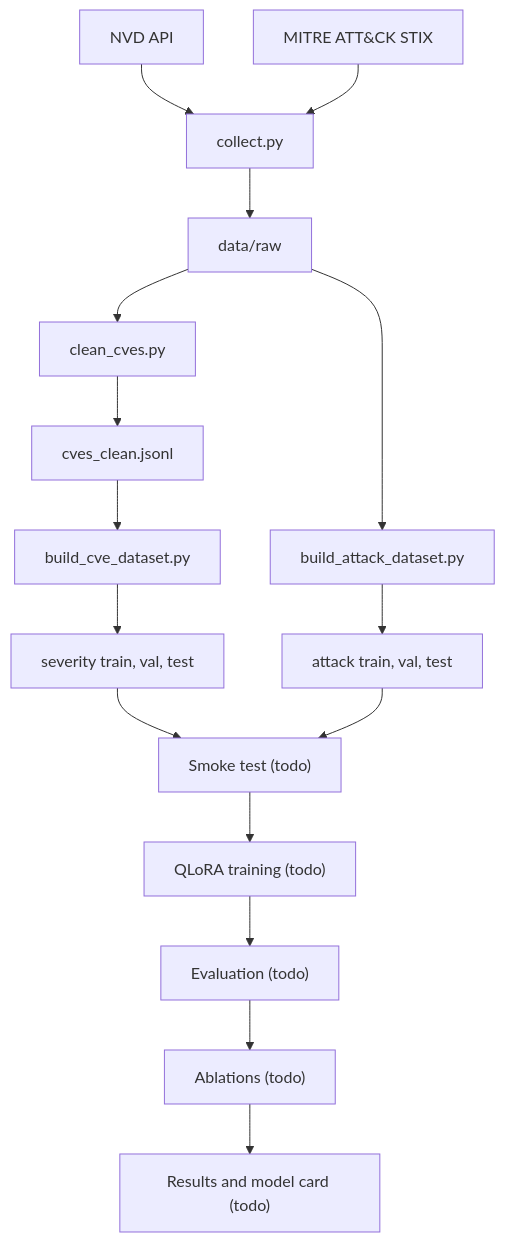
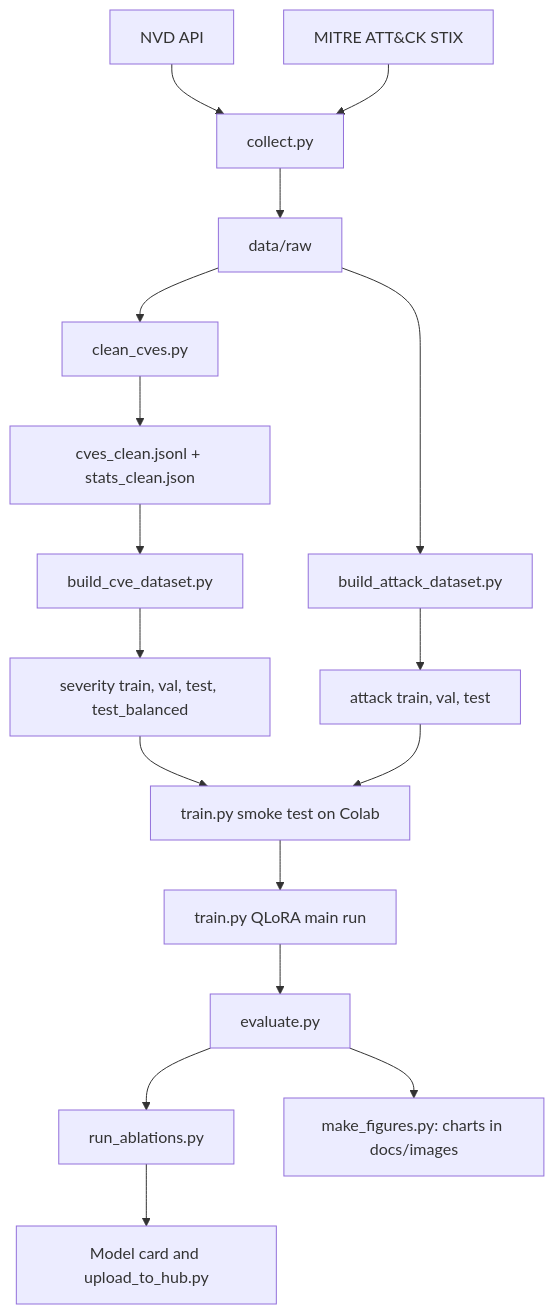
Before and after one commit to preetik92002-tech/llm-finetune-cyber: the diagram in README.md, drawn with Mermaid. The commit also changed other lines of this file and 33 other files, not shown here.

Commit message:
docs: add root README, journal and errors-and-fixes log add metrics ledger and stage READMEs feat(docs): generate charts from stats files

````diff
--- a/README.md
+++ b/README.md
@@ -15,18 +16,19 @@
 ```mermaid
 flowchart TD
     A["NVD API"] --> B["collect.py"]
     M["MITRE ATT&CK STIX"] --> B
     B --> C["data/raw"]
     C --> D["clean_cves.py"]
-    D --> E["cves_clean.jsonl"]
+    D --> E["cves_clean.jsonl + stats_clean.json"]
     E --> F["build_cve_dataset.py"]
     C --> G["build_attack_dataset.py"]
-    F --> H["severity train, val, test"]
+    F --> H["severity train, val, test, test_balanced"]
     G --> I["attack train, val, test"]
-    H --> J["Smoke test (todo)"]
+    H --> J["train.py smoke test on Colab"]
     I --> J
-    J --> K["QLoRA training (todo)"]
-    K --> L["Evaluation (todo)"]
-    L --> N["Ablations (todo)"]
-    N --> O["Results and model card (todo)"]
+    J --> K["train.py QLoRA main run"]
+    K --> L["evaluate.py"]
+    L --> N["run_ablations.py"]
+    N --> O["Model card and upload_to_hub.py"]
+    L --> P["make_figures.py: charts in docs/images"]
 ```
````
